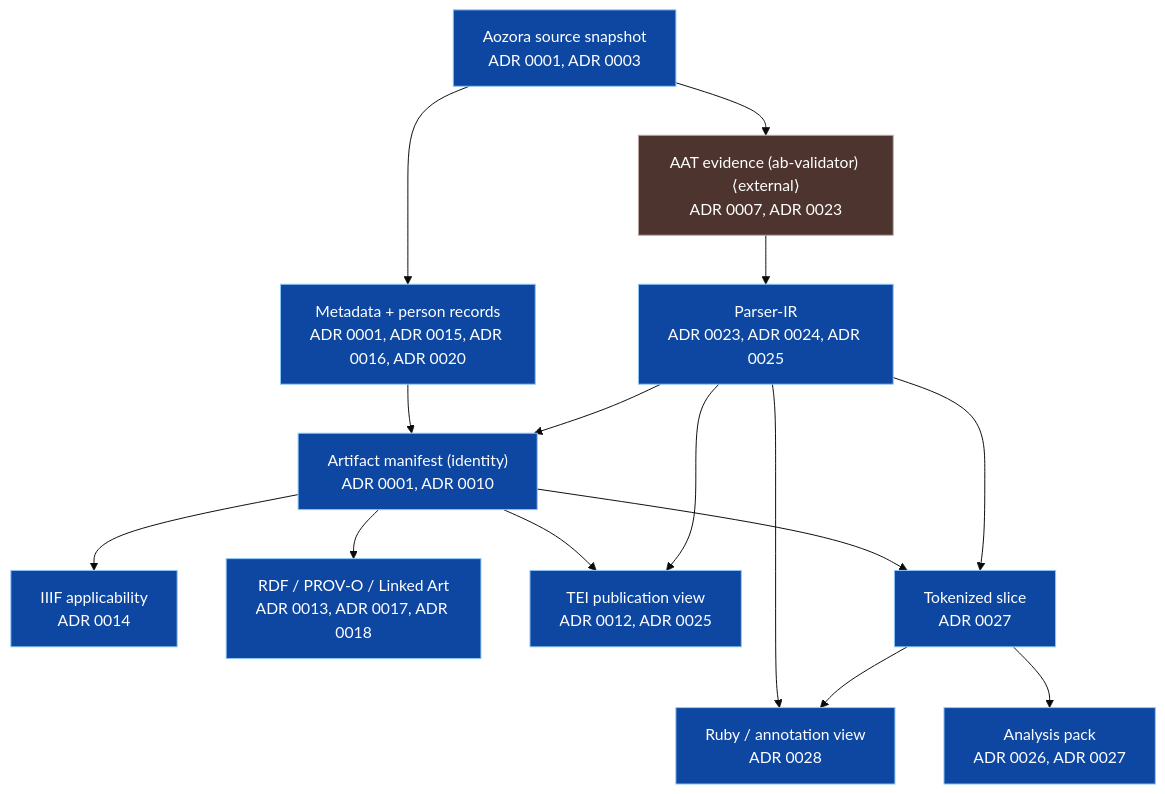
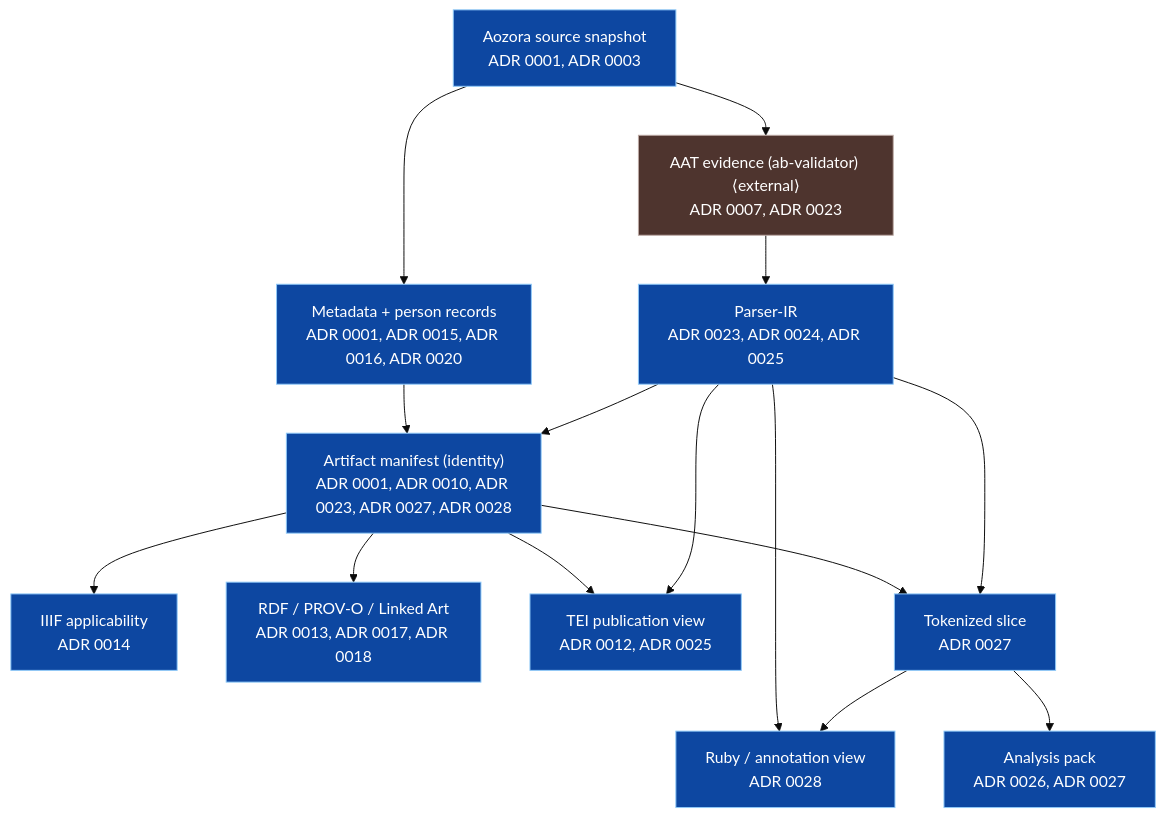
The diagram in abc/docs/architecture.mmd (borh/abc), drawn with Mermaid (base theme) before and after one commit. The commit also changed 4 other files, not shown here.

Commit message:
feat(diagram): verify manifest identity ownership

```diff
--- a/abc/docs/architecture.mmd
+++ b/abc/docs/architecture.mmd
@@ -1,29 +1,29 @@
 %% GENERATED by clojure -M:abc/diagrams — do not edit by hand; see ADR 0029
 flowchart TD
   aat["AAT evidence (ab-validator) ⟨external⟩<br/>ADR 0007, ADR 0023"]:::external
   analysis["Analysis pack<br/>ADR 0026, ADR 0027"]:::owned
   annotation["Ruby / annotation view<br/>ADR 0028"]:::owned
   aozora_snapshot["Aozora source snapshot<br/>ADR 0001, ADR 0003"]:::owned
   iiif["IIIF applicability<br/>ADR 0014"]:::owned
-  manifest["Artifact manifest (identity)<br/>ADR 0001, ADR 0010"]:::owned
+  manifest["Artifact manifest (identity)<br/>ADR 0001, ADR 0010, ADR 0023, ADR 0027, ADR 0028"]:::owned
   metadata["Metadata + person records<br/>ADR 0001, ADR 0015, ADR 0016, ADR 0020"]:::owned
   parser_ir["Parser-IR<br/>ADR 0023, ADR 0024, ADR 0025"]:::owned
   rdf["RDF / PROV-O / Linked Art<br/>ADR 0013, ADR 0017, ADR 0018"]:::owned
   tei["TEI publication view<br/>ADR 0012, ADR 0025"]:::owned
   tokenized["Tokenized slice<br/>ADR 0027"]:::owned
   aat --> parser_ir
   aozora_snapshot --> aat
   aozora_snapshot --> metadata
   manifest --> iiif
   manifest --> rdf
   manifest --> tei
   manifest --> tokenized
   metadata --> manifest
   parser_ir --> annotation
   parser_ir --> manifest
   parser_ir --> tei
   parser_ir --> tokenized
   tokenized --> analysis
   tokenized --> annotation
   classDef external fill:#4e342e,stroke:#bcaaa4,color:#fff
   classDef owned fill:#0d47a1,stroke:#90caf9,color:#fff
```
